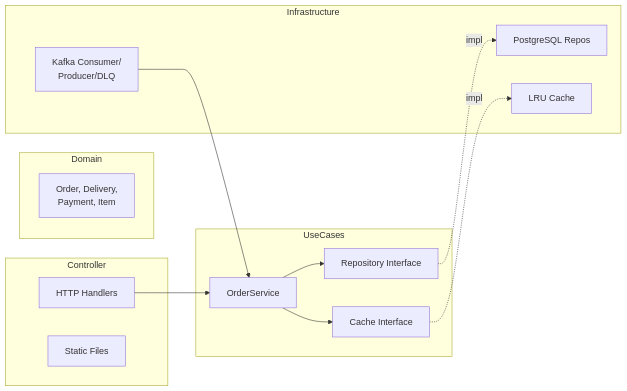
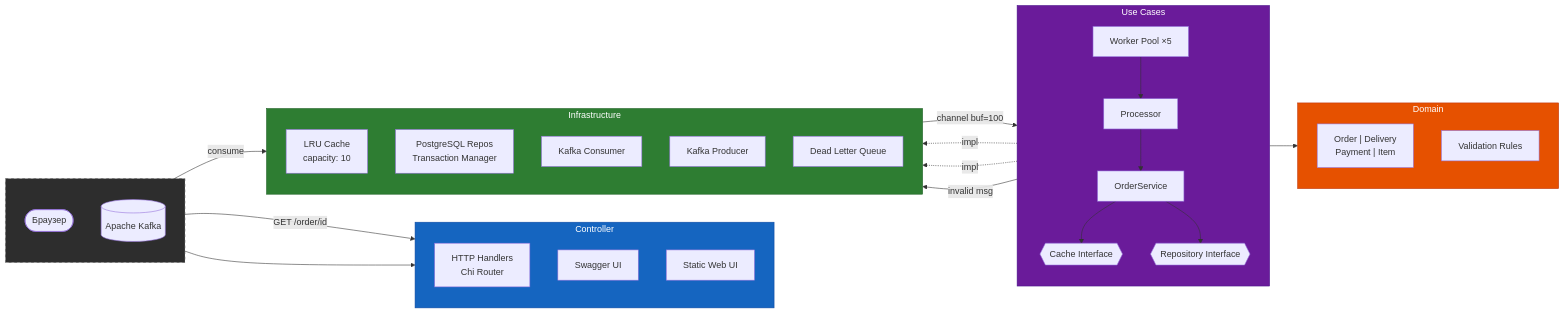
One commit to ffoky/order-service-go changed the diagram in README.md. Above: the diagram before and after it, drawn with Mermaid.

Commit message:
chore: upd README.md

````diff
--- a/README.md
+++ b/README.md
@@ -26,30 +26,58 @@
 ```mermaid
 graph LR
-    subgraph Domain
-        E[Order, Delivery,<br/>Payment, Item]
+    subgraph external [" "]
+        direction TB
+        CLIENT([Браузер])
+        KAFKA[(Apache Kafka)]
     end
 
-    subgraph UseCases
-        S[OrderService]
-        CI[Cache Interface]
-        RI[Repository Interface]
+    subgraph controller ["Controller"]
+        direction TB
+        H["HTTP Handlers<br/>Chi Router"]
+        SW["Swagger UI"]
+        WEB["Static Web UI"]
     end
 
-    subgraph Controller
-        H[HTTP Handlers]
-        ST[Static Files]
+    subgraph usecases ["Use Cases"]
+        direction TB
+        S["OrderService"]
+        P["Processor"]
+        W["Worker Pool ×5"]
+        CI{{"Cache Interface"}}
+        RI{{"Repository Interface"}}
     end
 
-    subgraph Infrastructure
-        R[PostgreSQL Repos]
-        LC[LRU Cache]
-        KF[Kafka Consumer/<br/>Producer/DLQ]
+    subgraph domain ["Domain"]
+        direction TB
+        E["Order | Delivery<br/>Payment | Item"]
+        V["Validation Rules"]
     end
 
-    H --> S
+    subgraph infra ["Infrastructure"]
+        direction TB
+        LC["LRU Cache<br/>capacity: 10"]
+        R["PostgreSQL Repos<br/>Transaction Manager"]
+        KF["Kafka Consumer"]
+        KP["Kafka Producer"]
+        DLQ["Dead Letter Queue"]
+    end
+
+    CLIENT -->|GET /order/id| H
+    CLIENT --> WEB
+    KAFKA -->|consume| KF
+    KF -->|channel buf=100| W
+    W --> P
+    P --> S
+    S --> E
     S --> CI
     S --> RI
     CI -.->|impl| LC
     RI -.->|impl| R
-    KF --> S
+    P -->|invalid msg| DLQ
+
+    style external fill:#2d2d2d,stroke:#555,stroke-dasharray:5,color:#fff
+    style controller fill:#1565c0,stroke:#0d47a1,color:#fff
+    style usecases fill:#6a1b9a,stroke:#4a148c,color:#fff
+    style domain fill:#e65100,stroke:#bf360c,color:#fff
+    style infra fill:#2e7d32,stroke:#1b5e20,color:#fff
 ```
````
